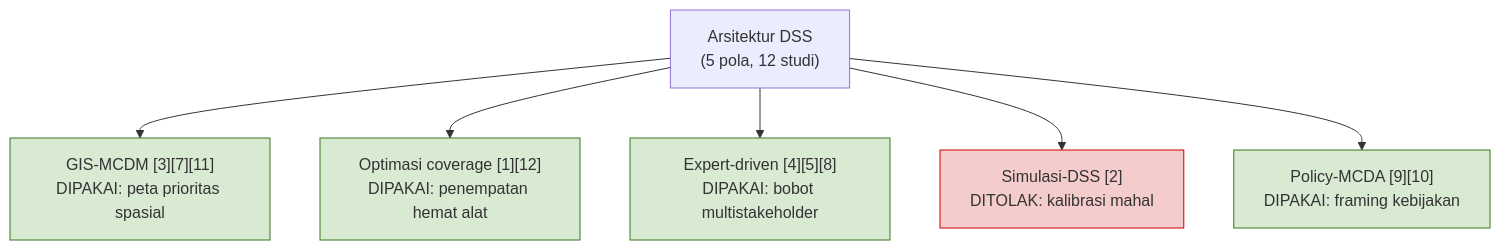
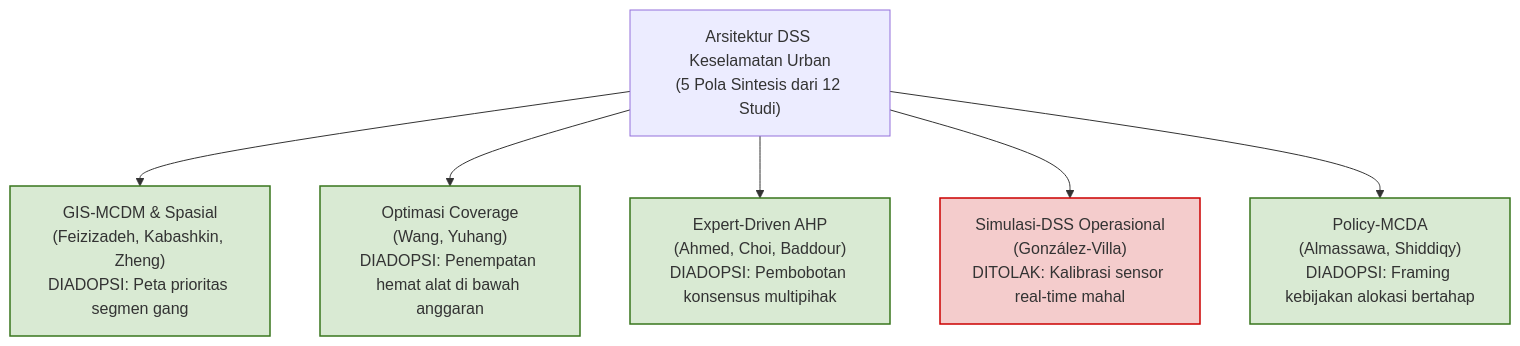
The diagram in 04-paper/diagram/taksonomi-5-pola.mmd (Faruuuqqq/dss-hebat), drawn with Mermaid before and after one commit. The commit also changed 1 other file, not shown here.

Commit message:
refactor(diagrams): decouple urgency from cost and standardize author node labels

```diff
--- a/04-paper/diagram/taksonomi-5-pola.mmd
+++ b/04-paper/diagram/taksonomi-5-pola.mmd
@@ -1,17 +1,14 @@
-%% Gambar 2 — Taksonomi lima pola arsitektur DSS (pengganti blok ASCII).
-%% Cara pakai: paste seluruh isi file ini ke https://mermaid.live
-%%   lalu Export > PNG (skala 2-3x). Simpan sebagai:
-%%   04-paper/gambar-2-taksonomi.png (sejajar dengan draft-paper.tex).
-%% Isi = blok verbatim Seksi III-A, tidak boleh diubah tanpa sinkron ke paper.
+%% Gambar 2 — Taksonomi lima pola arsitektur DSS dan status adopsinya pada model Jatinangor.
+%% Menggunakan nama penulis untuk mencegah ketidaksinkronan nomor baris tabel vs nomor sitasi IEEE.
 flowchart TD
-    ROOT["Arsitektur DSS<br/>(5 pola, 12 studi)"]
-    GIS["GIS-MCDM [3][7][11]<br/>DIPAKAI: peta prioritas spasial"]
-    OPT["Optimasi coverage [1][12]<br/>DIPAKAI: penempatan hemat alat"]
-    EXP["Expert-driven [4][5][8]<br/>DIPAKAI: bobot multistakeholder"]
-    SIM["Simulasi-DSS [2]<br/>DITOLAK: kalibrasi mahal"]
-    POL["Policy-MCDA [9][10]<br/>DIPAKAI: framing kebijakan"]
+    ROOT["Arsitektur DSS Keselamatan Urban<br/>(5 Pola Sintesis dari 12 Studi)"]
+    GIS["GIS-MCDM & Spasial<br/>(Feizizadeh, Kabashkin, Zheng)<br/>DIADOPSI: Peta prioritas segmen gang"]
+    OPT["Optimasi Coverage<br/>(Wang, Yuhang)<br/>DIADOPSI: Penempatan hemat alat di bawah anggaran"]
+    EXP["Expert-Driven AHP<br/>(Ahmed, Choi, Baddour)<br/>DIADOPSI: Pembobotan konsensus multipihak"]
+    SIM["Simulasi-DSS Operasional<br/>(González-Villa)<br/>DITOLAK: Kalibrasi sensor real-time mahal"]
+    POL["Policy-MCDA<br/>(Almassawa, Shiddiqy)<br/>DIADOPSI: Framing kebijakan alokasi bertahap"]
     ROOT --> GIS & OPT & EXP & SIM & POL
-    classDef pakai fill:#d9ead3,stroke:#38761d;
-    classDef tolak fill:#f4cccc,stroke:#cc0000;
+    classDef pakai fill:#d9ead3,stroke:#38761d,stroke-width:1.5px;
+    classDef tolak fill:#f4cccc,stroke:#cc0000,stroke-width:1.5px;
     class GIS,OPT,EXP,POL pakai;
     class SIM tolak;
```
